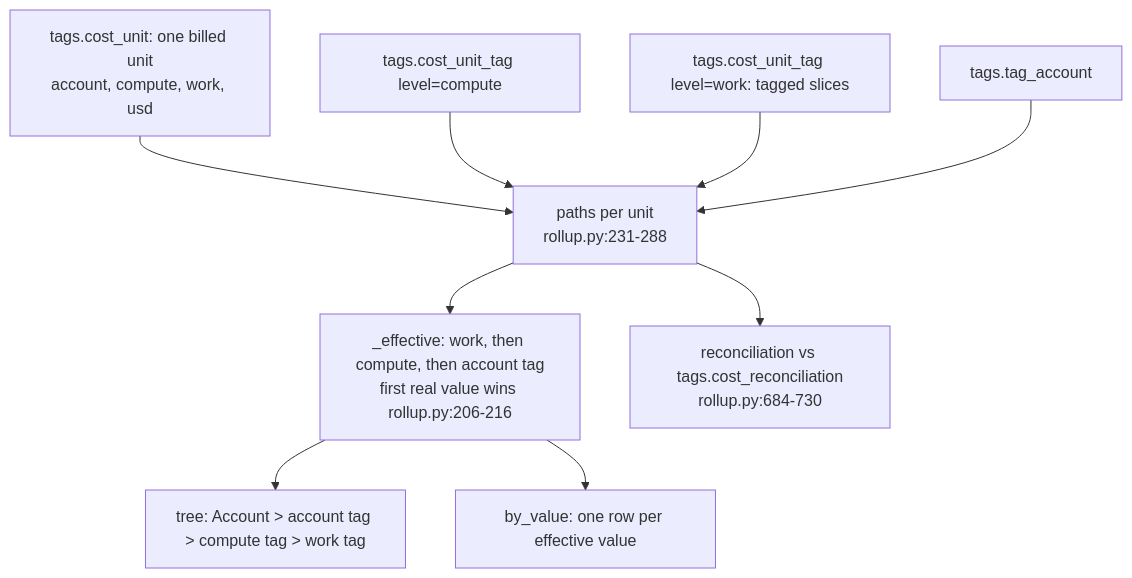
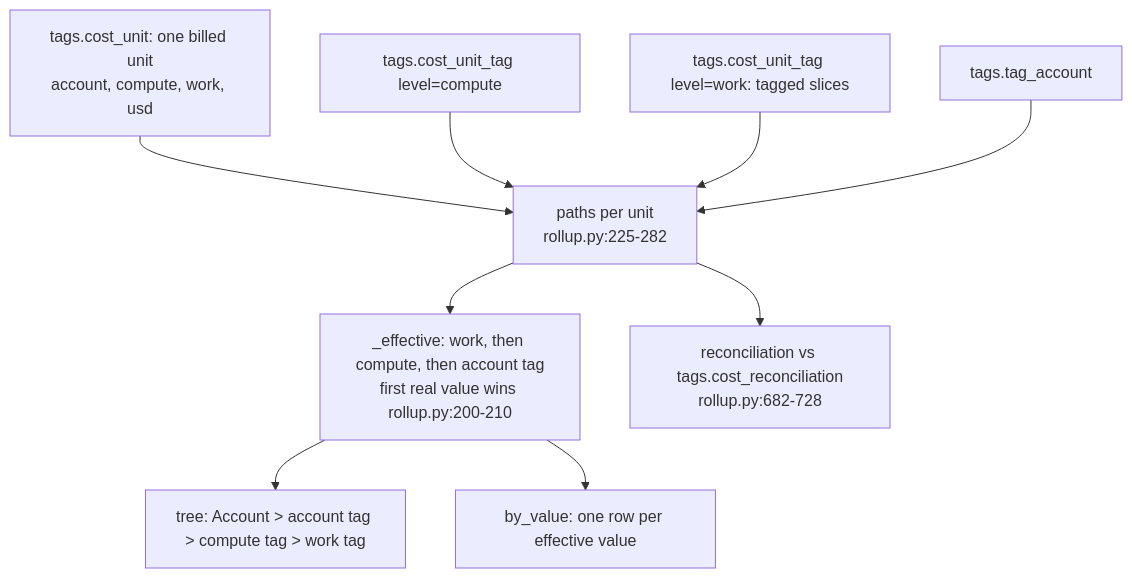
One commit to darshanmeel/snowflake-audit-app changed the second of 2 diagrams in snowflake-audit-app-knowledge-graph/logic/tags-and-cost-center.md. Above: the diagram before and after it, drawn with Mermaid. The commit also changed other lines of this file and 191 other files, not shown here.

First line of the commit message:
Fix remaining review findings; update graph and docs

````diff
--- a/snowflake-audit-app-knowledge-graph/logic/tags-and-cost-center.md
+++ b/snowflake-audit-app-knowledge-graph/logic/tags-and-cost-center.md
@@ -42,11 +42,11 @@
 ```mermaid
 flowchart TD
-  U[tags.cost_unit: one billed unit<br/>account, compute, work, usd] --> P[paths per unit<br/>rollup.py:231-288]
+  U[tags.cost_unit: one billed unit<br/>account, compute, work, usd] --> P[paths per unit<br/>rollup.py:225-282]
   CT[tags.cost_unit_tag level=compute] --> P
   WT[tags.cost_unit_tag level=work: tagged slices] --> P
   TA[tags.tag_account] --> P
-  P --> E[_effective: work, then compute, then account tag<br/>first real value wins rollup.py:206-216]
+  P --> E[_effective: work, then compute, then account tag<br/>first real value wins rollup.py:200-210]
   E --> TREE[tree: Account > account tag > compute tag > work tag]
   E --> BV[by_value: one row per effective value]
-  P --> REC[reconciliation vs tags.cost_reconciliation<br/>rollup.py:684-730]
+  P --> REC[reconciliation vs tags.cost_reconciliation<br/>rollup.py:682-728]
 ```
````
